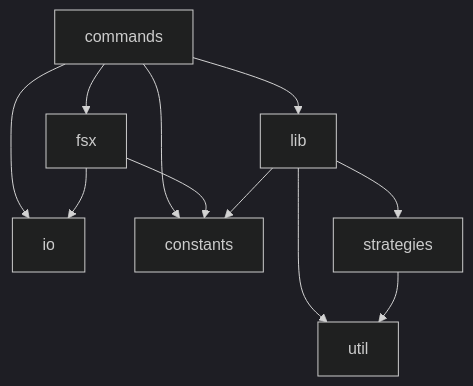
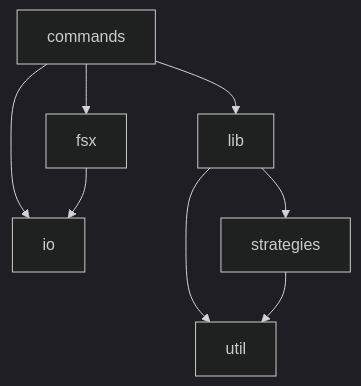
One commit to mattriley/node-module-indexgen changed the diagram in README.md. Above: the diagram before and after it, drawn with Mermaid (dark theme). The commit also changed other lines of this file and 9 other files, not shown here.

````diff
--- a/README.md
+++ b/README.md
@@ -115,13 +115,10 @@
 ```mermaid
 graph TD;
     commands-->fsx;
     commands-->lib;
     commands-->io;
-    commands-->constants;
-    fsx-->constants;
     fsx-->io;
     lib-->strategies;
     lib-->util;
-    lib-->constants;
     strategies-->util;
 ```
````
